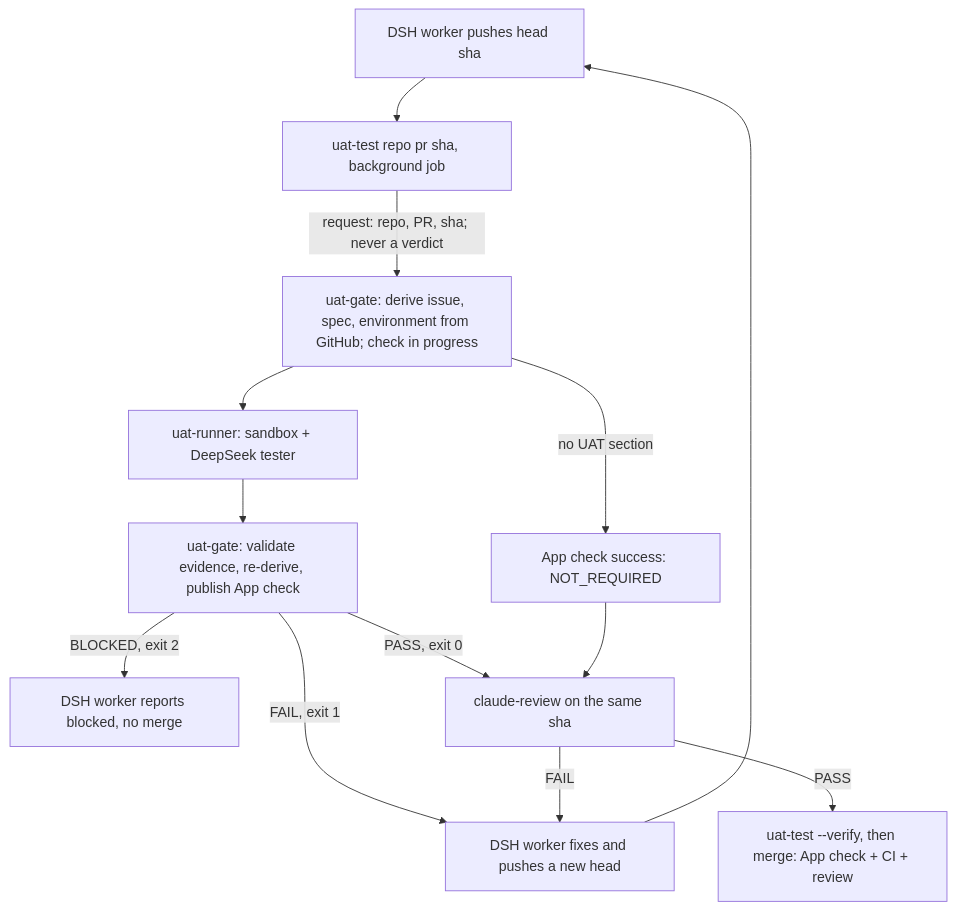
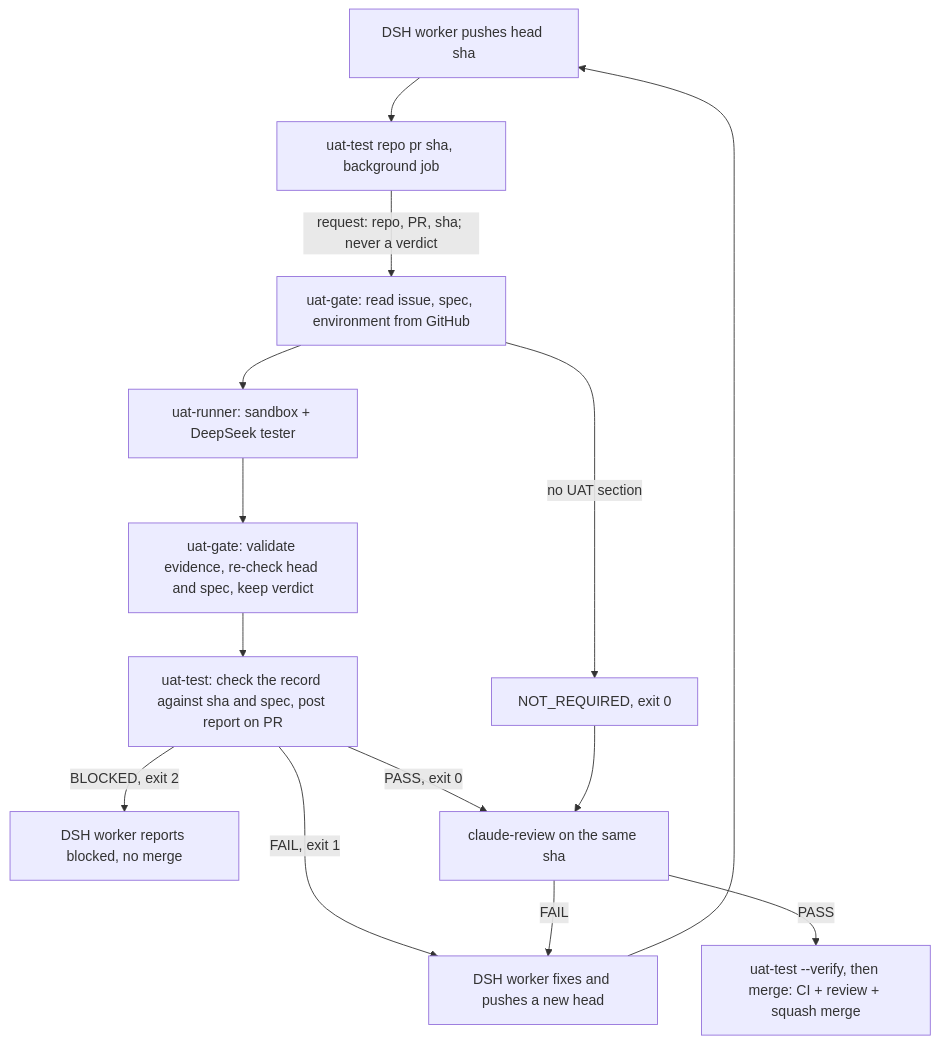
Before and after one commit to ForkbombEu/superagent: the second of 2 diagrams in README.md, drawn with Mermaid. The commit also changed other lines of this file and 21 other files, not shown here.

First line of the commit message:
refactor(uat)!: drop the GitHub App and enforce UAT like claude-review

````diff
--- a/README.md
+++ b/README.md
@@ -260,15 +264,16 @@
 ```mermaid
 flowchart TD
   P[DSH worker pushes head sha] --> U[uat-test repo pr sha, background job]
-  U -->|request: repo, PR, sha; never a verdict| G[uat-gate: derive issue, spec, environment from GitHub; check in progress]
-  G -->|no UAT section| N[App check success: NOT_REQUIRED]
+  U -->|request: repo, PR, sha; never a verdict| G[uat-gate: read issue, spec, environment from GitHub]
+  G -->|no UAT section| N[NOT_REQUIRED, exit 0]
   G --> R[uat-runner: sandbox + DeepSeek tester]
-  R --> V[uat-gate: validate evidence, re-derive, publish App check]
-  V -->|FAIL, exit 1| X[DSH worker fixes and pushes a new head]
+  R --> V[uat-gate: validate evidence, re-check head and spec, keep verdict]
+  V --> K[uat-test: check the record against sha and spec, post report on PR]
+  K -->|FAIL, exit 1| X[DSH worker fixes and pushes a new head]
   X --> P
-  V -->|BLOCKED, exit 2| B[DSH worker reports blocked, no merge]
-  V -->|PASS, exit 0| C[claude-review on the same sha]
+  K -->|BLOCKED, exit 2| B[DSH worker reports blocked, no merge]
+  K -->|PASS, exit 0| C[claude-review on the same sha]
   N --> C
   C -->|FAIL| X
-  C -->|PASS| M[uat-test --verify, then merge: App check + CI + review]
+  C -->|PASS| M[uat-test --verify, then merge: CI + review + squash merge]
 ```
````
